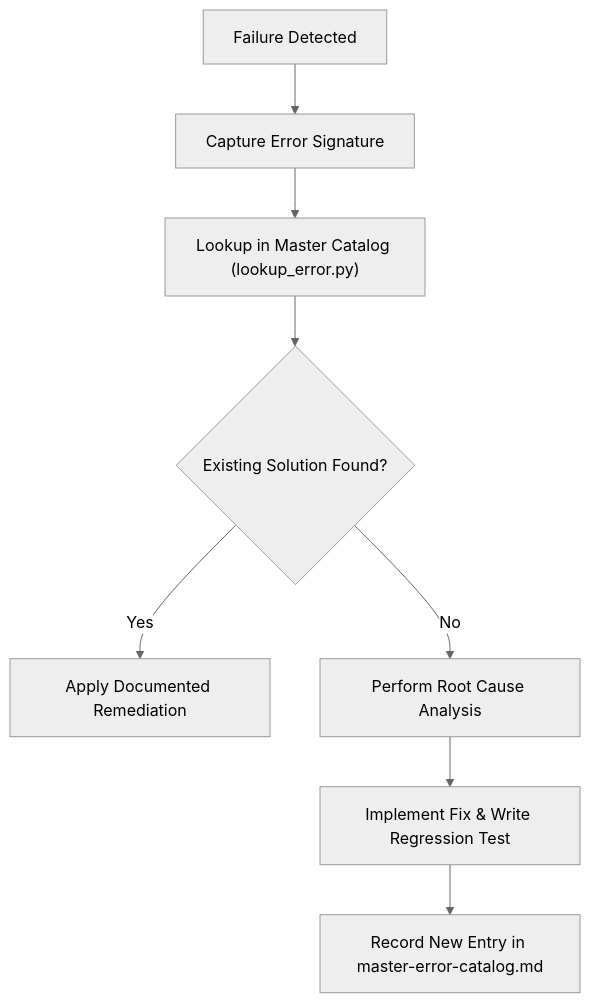
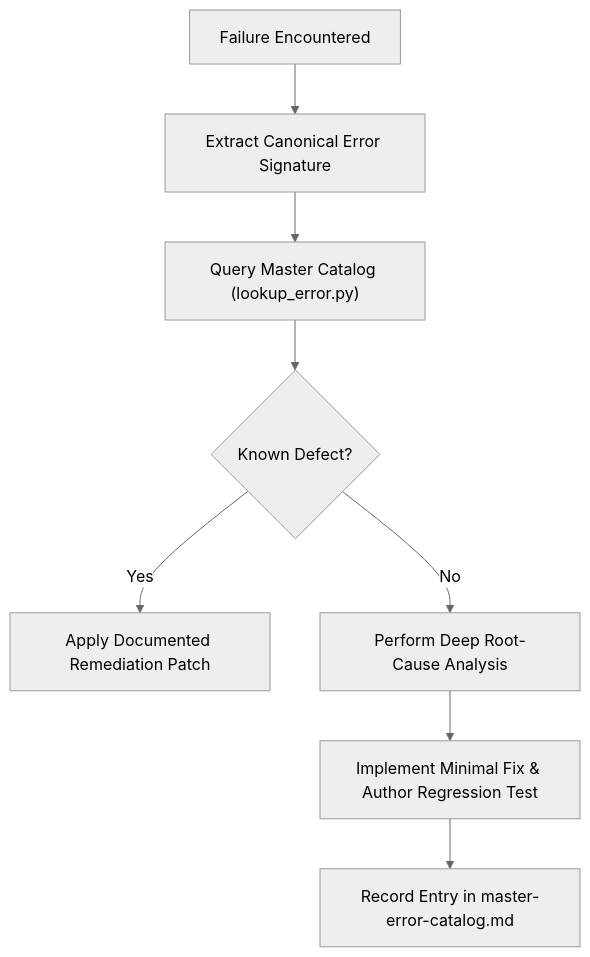
One commit to darknecrocities/SkillBuilder changed the fourth of 5 diagrams in skills/qa/SKILL.md. Above: the diagram before and after it, drawn with Mermaid (neutral theme). The commit also changed other lines of this file and 5 other files, not shown here.

Commit message:
feat(qa): implement two-tier QA architecture, manuals, verification engine, and error catalog

````diff
--- a/skills/qa/SKILL.md
+++ b/skills/qa/SKILL.md
@@ -51,10 +126,10 @@
 ```mermaid
 flowchart TD
-    A["Failure Detected"] --> B["Capture Error Signature"]
-    B --> C["Lookup in Master Catalog (lookup_error.py)"]
-    C --> D{"Existing Solution Found?"}
-    D -- "Yes" --> E["Apply Documented Remediation"]
-    D -- "No" --> F["Perform Root Cause Analysis"]
-    F --> G["Implement Fix & Write Regression Test"]
-    G --> H["Record New Entry in master-error-catalog.md"]
+    A["Failure Encountered"] --> B["Extract Canonical Error Signature"]
+    B --> C["Query Master Catalog (lookup_error.py)"]
+    C --> D{"Known Defect?"}
+    D -- "Yes" --> E["Apply Documented Remediation Patch"]
+    D -- "No" --> F["Perform Deep Root-Cause Analysis"]
+    F --> G["Implement Minimal Fix & Author Regression Test"]
+    G --> H["Record Entry in master-error-catalog.md"]
 ```
````
